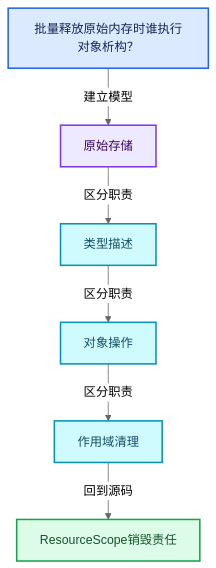
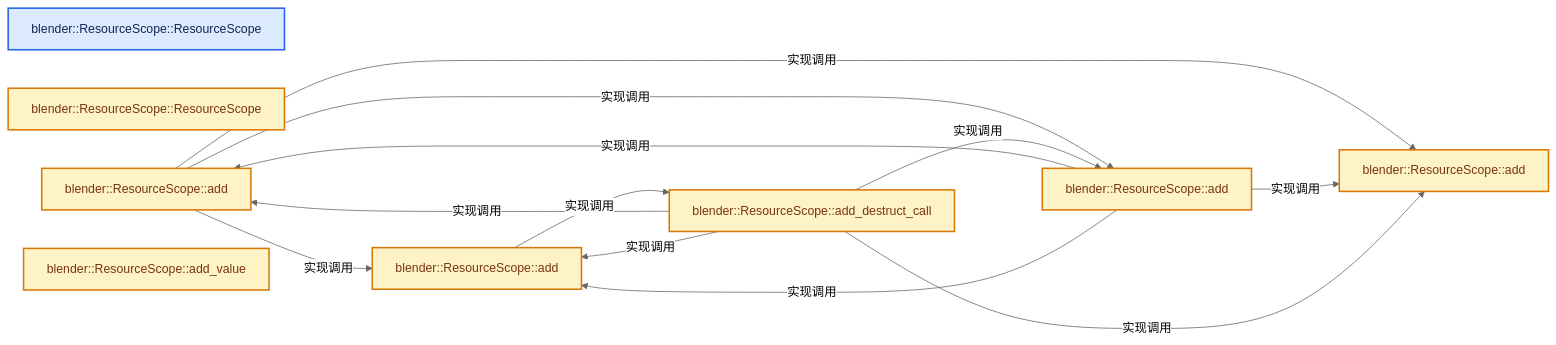
Before and after one commit to yunkezengren/blender-.vscode: the second of 4 diagrams in 杂/markdown/全面学习-codex/03-内存分配与运行时类型/05-ResourceScope销毁责任.md, drawn with Mermaid (neutral theme). The commit also changed other lines of this file and 1930 other files, not shown here.

````diff
--- a/杂/markdown/全面学习-codex/03-内存分配与运行时类型/05-ResourceScope销毁责任.md
+++ b/杂/markdown/全面学习-codex/03-内存分配与运行时类型/05-ResourceScope销毁责任.md
@@ -61,20 +46,28 @@
 ```mermaid
-flowchart TB
-  Q["批量释放原始内存时谁执行对象析构？"]:::input
-  C0["原始存储"]:::abstraction
-  C1["类型描述"]:::data
-  C2["对象操作"]:::data
-  C3["作用域清理"]:::data
-  R["ResourceScope销毁责任"]:::result
-  Q -->|"建立模型"| C0
-  C0 -->|"区分职责"| C1
-  C1 -->|"区分职责"| C2
-  C2 -->|"区分职责"| C3
-  C3 -->|"回到源码"| R
+flowchart LR
+  F0["blender::ResourceScope::ResourceScope"]:::input
+  F1["blender::ResourceScope::ResourceScope"]:::compute
+  F2["blender::ResourceScope::add"]:::compute
+  F3["blender::ResourceScope::add"]:::compute
+  F4["blender::ResourceScope::add"]:::compute
+  F5["blender::ResourceScope::add"]:::compute
+  F6["blender::ResourceScope::add_value"]:::compute
+  F7["blender::ResourceScope::add_destruct_call"]:::compute
+  F2 -->|"实现调用"| F3
+  F2 -->|"实现调用"| F4
+  F2 -->|"实现调用"| F5
+  F3 -->|"实现调用"| F7
+  F4 -->|"实现调用"| F2
+  F4 -->|"实现调用"| F3
+  F4 -->|"实现调用"| F5
+  F7 -->|"实现调用"| F2
+  F7 -->|"实现调用"| F3
+  F7 -->|"实现调用"| F4
+  F7 -->|"实现调用"| F5
   classDef input fill:#DBEAFE,stroke:#2563EB,color:#172554,stroke-width:2px;
   classDef data fill:#CFFAFE,stroke:#0891B2,color:#164E63,stroke-width:2px;
   classDef abstraction fill:#EDE9FE,stroke:#7C3AED,color:#3B0764,stroke-width:2px;
   classDef compute fill:#FEF3C7,stroke:#D97706,color:#78350F,stroke-width:2px;
   classDef result fill:#DCFCE7,stroke:#16A34A,color:#14532D,stroke-width:2px;
   classDef error fill:#FEE2E2,stroke:#DC2626,color:#7F1D1D,stroke-width:2px;
 ```
````
